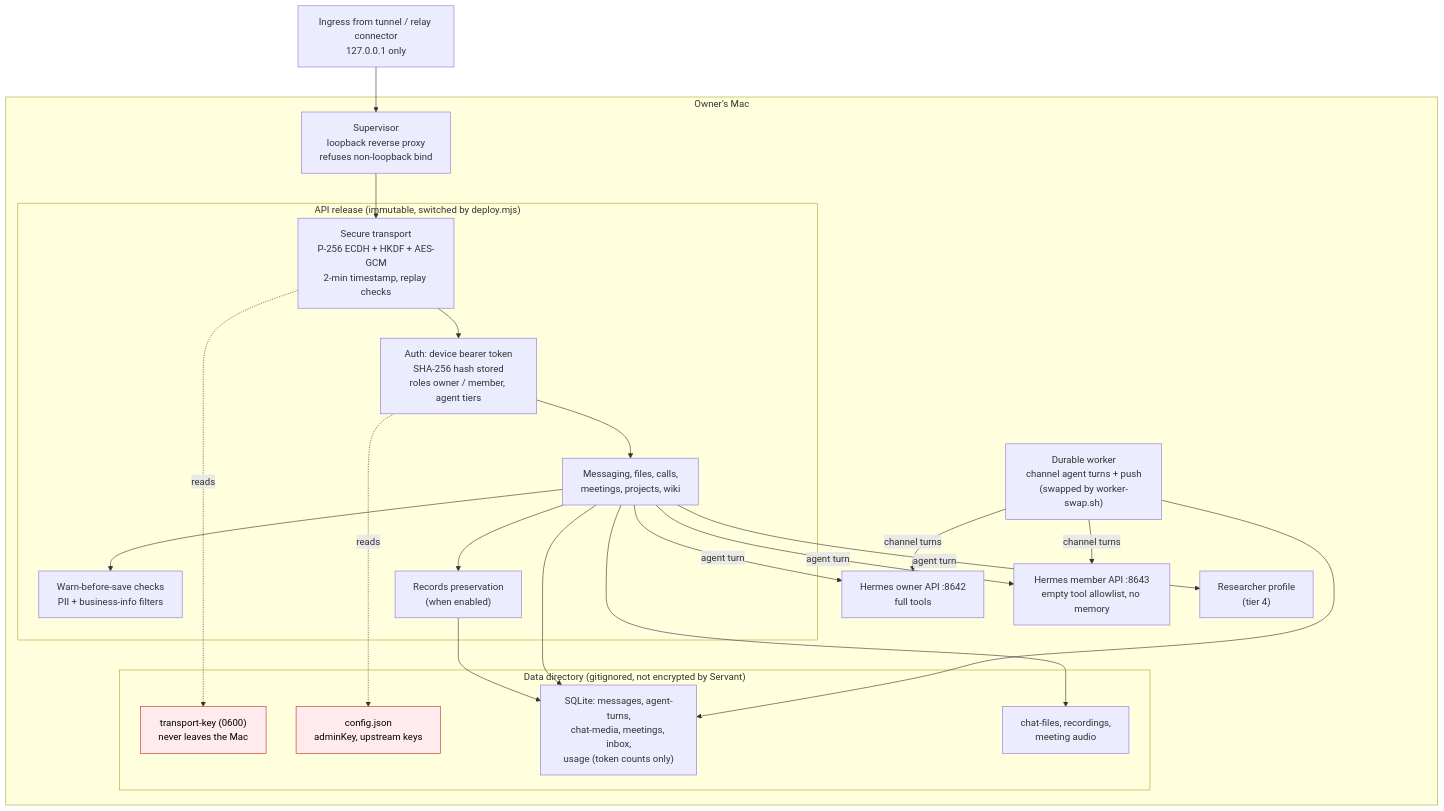
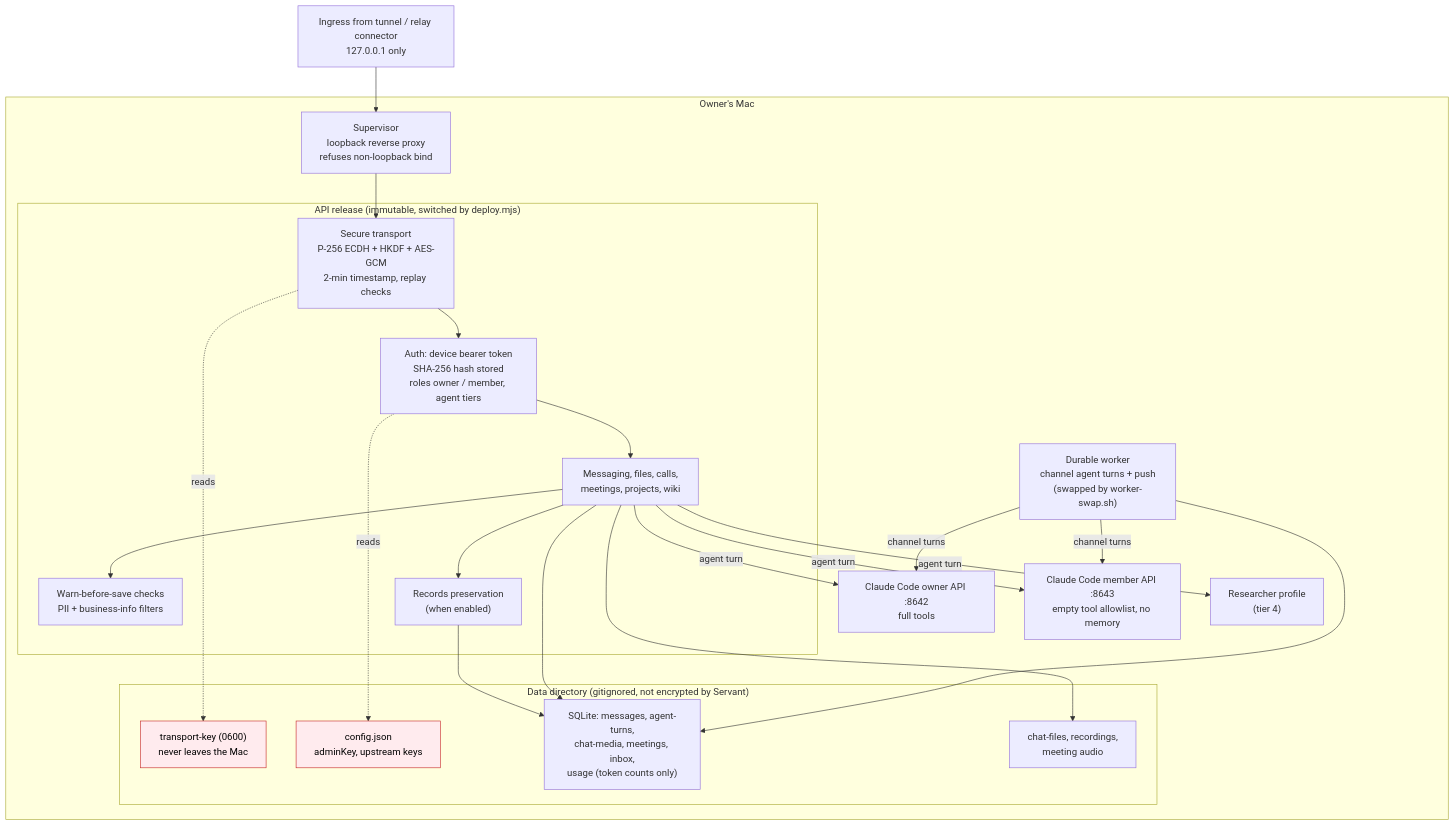
One commit to slavingia/servant changed the diagram in docs/security-architecture/02-server-components.mmd. Above: the diagram before and after it, drawn with Mermaid. The commit also changed 17 other files, not shown here.

Commit message:
Security architecture diagrams: label the agent Claude Code

```diff
--- a/docs/security-architecture/02-server-components.mmd
+++ b/docs/security-architecture/02-server-components.mmd
@@ -1,33 +1,33 @@
 flowchart TB
   IN["Ingress from tunnel / relay connector<br/>127.0.0.1 only"]
   subgraph MAC["Owner's Mac"]
     SUP["Supervisor<br/>loopback reverse proxy<br/>refuses non-loopback bind"]
     subgraph API["API release (immutable, switched by deploy.mjs)"]
       ST["Secure transport<br/>P-256 ECDH + HKDF + AES-GCM<br/>2-min timestamp, replay checks"]
       AU["Auth: device bearer token<br/>SHA-256 hash stored<br/>roles owner / member, agent tiers"]
       MS["Messaging, files, calls,<br/>meetings, projects, wiki"]
       GATE["Warn-before-save checks<br/>PII + business-info filters"]
       RP["Records preservation<br/>(when enabled)"]
     end
     WK["Durable worker<br/>channel agent turns + push<br/>(swapped by worker-swap.sh)"]
     subgraph DATA["Data directory (gitignored, not encrypted by Servant)"]
       K["transport-key (0600)<br/>never leaves the Mac"]
       CFG["config.json<br/>adminKey, upstream keys"]
       DB["SQLite: messages, agent-turns,<br/>chat-media, meetings, inbox,<br/>usage (token counts only)"]
       FS["chat-files, recordings,<br/>meeting audio"]
     end
-    HO["Hermes owner API :8642<br/>full tools"]
-    HM["Hermes member API :8643<br/>empty tool allowlist, no memory"]
+    HO["Claude Code owner API :8642<br/>full tools"]
+    HM["Claude Code member API :8643<br/>empty tool allowlist, no memory"]
     HR["Researcher profile<br/>(tier 4)"]
   end
   IN --> SUP --> ST --> AU --> MS
   MS --> GATE
   MS --> RP --> DB
   MS --> DB & FS
   ST -.reads.-> K
   AU -.reads.-> CFG
   MS -- "agent turn" --> HO & HM & HR
   WK --> DB
   WK -- "channel turns" --> HO & HM
   classDef key fill:#ffebee,stroke:#c62828,color:#000;
   class K,CFG key;
```
